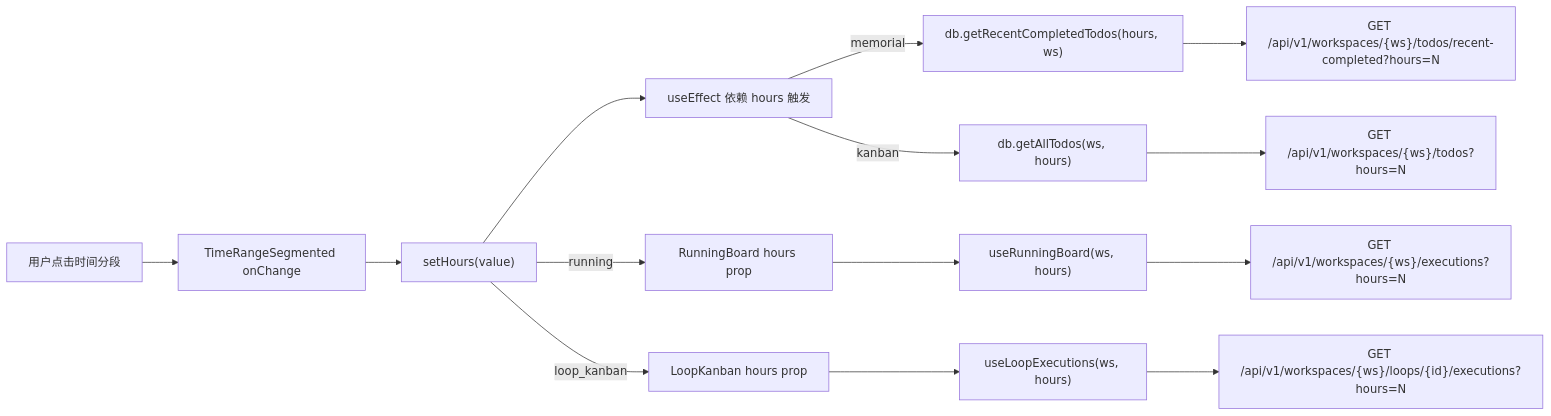
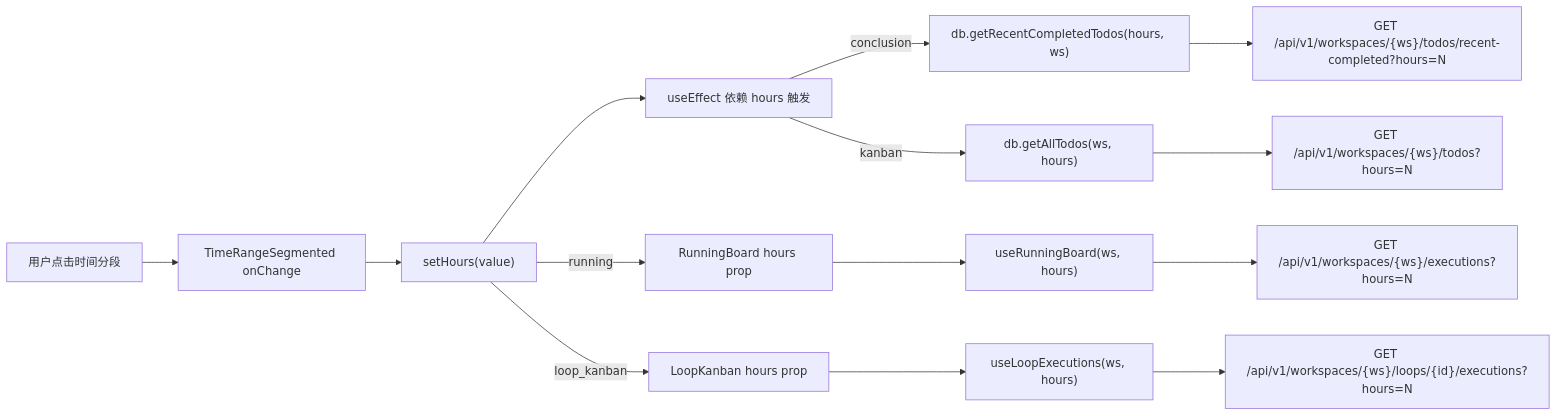
The first of 4 diagrams in frontend/src/help/pages/board-time-filter.md (weibaohui/ntd), drawn with Mermaid before and after one commit. The commit also changed other lines of this file and 24 other files, not shown here.

First line of the commit message:
refactor(097): 看板视图归位事项菜单 + 独立看板改名运行中心

````diff
--- a/frontend/src/help/pages/board-time-filter.md
+++ b/frontend/src/help/pages/board-time-filter.md
@@ -9,16 +9,16 @@
 ```mermaid
 flowchart LR
   U[用户点击时间分段] --> TRS["TimeRangeSegmented onChange"]
   TRS --> SH["setHours(value)"]
   SH --> MEM["useEffect 依赖 hours 触发"]
-  MEM -->|memorial| DB1["db.getRecentCompletedTodos(hours, ws)"]
+  MEM -->|conclusion| DB1["db.getRecentCompletedTodos(hours, ws)"]
   MEM -->|kanban| DB2["db.getAllTodos(ws, hours)"]
   SH -->|running| RB["RunningBoard hours prop"]
   RB --> DB3["useRunningBoard(ws, hours)"]
   SH -->|loop_kanban| LK["LoopKanban hours prop"]
   LK --> DB4["useLoopExecutions(ws, hours)"]
   DB1 --> API1["GET /api/v1/workspaces/{ws}/todos/recent-completed?hours=N"]
   DB2 --> API2["GET /api/v1/workspaces/{ws}/todos?hours=N"]
   DB3 --> API3["GET /api/v1/workspaces/{ws}/executions?hours=N"]
   DB4 --> API4["GET /api/v1/workspaces/{ws}/loops/{id}/executions?hours=N"]
 ```
````
